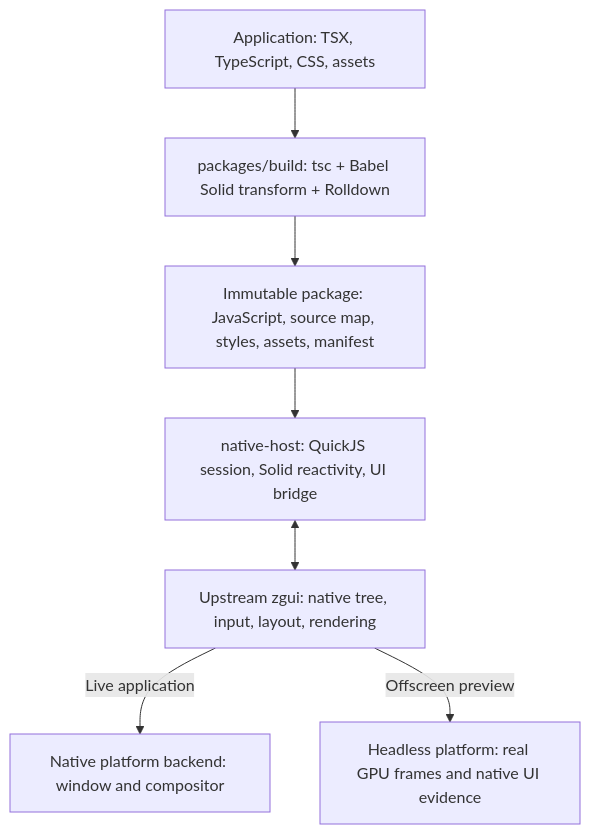
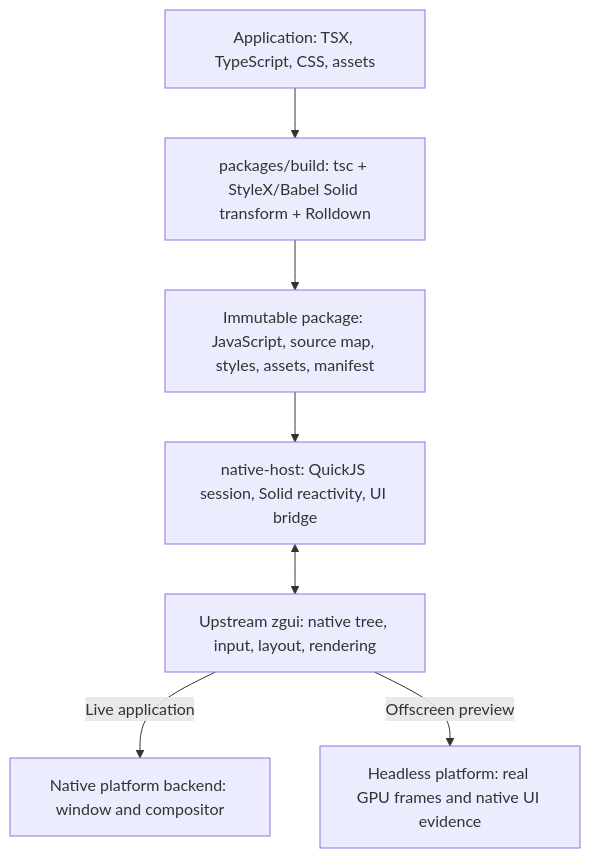
Before and after one commit to hewel/zgui-js: the diagram in README.md, drawn with Mermaid. The commit also changed other lines of this file and 324 other files, not shown here.

````diff
--- a/README.md
+++ b/README.md
@@ -13,9 +13,9 @@
 ```mermaid
 flowchart TB
-    Source["Application: TSX, TypeScript, CSS, assets"] --> Build["packages/build: tsc + Babel Solid transform + Rolldown"]
+    Source["Application: TSX, TypeScript, CSS, assets"] --> Build["packages/build: tsc + StyleX/Babel Solid transform + Rolldown"]
     Build --> Package["Immutable package: JavaScript, source map, styles, assets, manifest"]
     Package --> Host["native-host: QuickJS session, Solid reactivity, UI bridge"]
     Host <--> Native["Upstream zgui: native tree, input, layout, rendering"]
     Native -->|Live application| Desktop["Native platform backend: window and compositor"]
     Native -->|Offscreen preview| Preview["Headless platform: real GPU frames and native UI evidence"]
 ```
````
